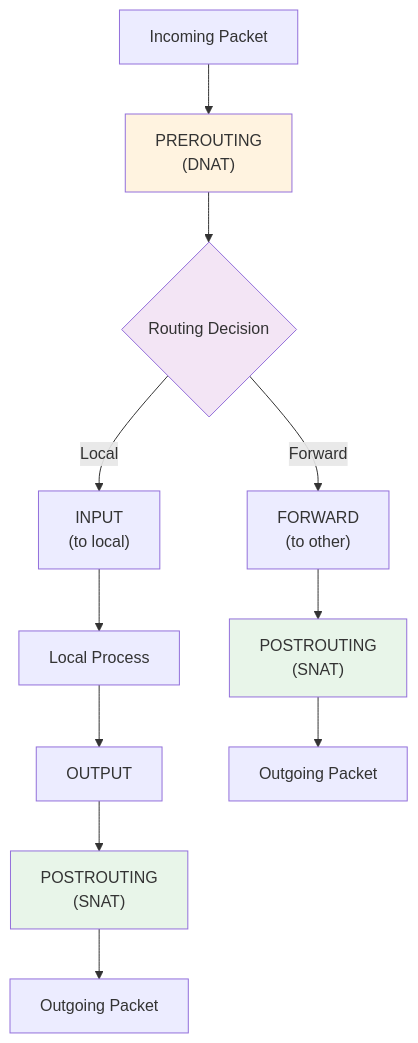
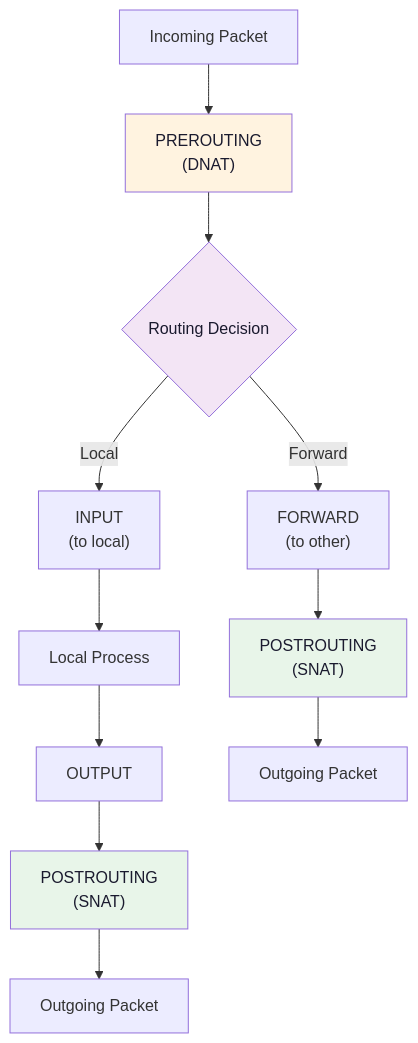
The diagram in teaching/02-nat-and-routing.md (channyeintun/learn-cloud-native-network-programming), drawn with Mermaid before and after one commit. The commit also changed 11 other files, not shown here.

````diff
--- a/teaching/02-nat-and-routing.md
+++ b/teaching/02-nat-and-routing.md
@@ -65,21 +65,21 @@
 ```mermaid
 flowchart TD
     IN["Incoming Packet"] --> PRE["PREROUTING<br>(DNAT)"]
     PRE --> ROUTE{"Routing Decision"}
     
     ROUTE -->|"Local"| INPUT["INPUT<br>(to local)"]
     ROUTE -->|"Forward"| FWD["FORWARD<br>(to other)"]
     
     INPUT --> LOCAL["Local Process"]
     LOCAL --> OUTPUT["OUTPUT"]
     OUTPUT --> POST1["POSTROUTING<br>(SNAT)"]
     POST1 --> OUT1["Outgoing Packet"]
     
     FWD --> POST2["POSTROUTING<br>(SNAT)"]
     POST2 --> OUT2["Outgoing Packet"]
     
-    style PRE fill:#fff3e0
-    style POST1 fill:#e8f5e9
-    style POST2 fill:#e8f5e9
-    style ROUTE fill:#f3e5f5
+    style PRE fill:#fff3e0,color:#1a1a2e
+    style POST1 fill:#e8f5e9,color:#1a1a2e
+    style POST2 fill:#e8f5e9,color:#1a1a2e
+    style ROUTE fill:#f3e5f5,color:#1a1a2e
 ```
````
